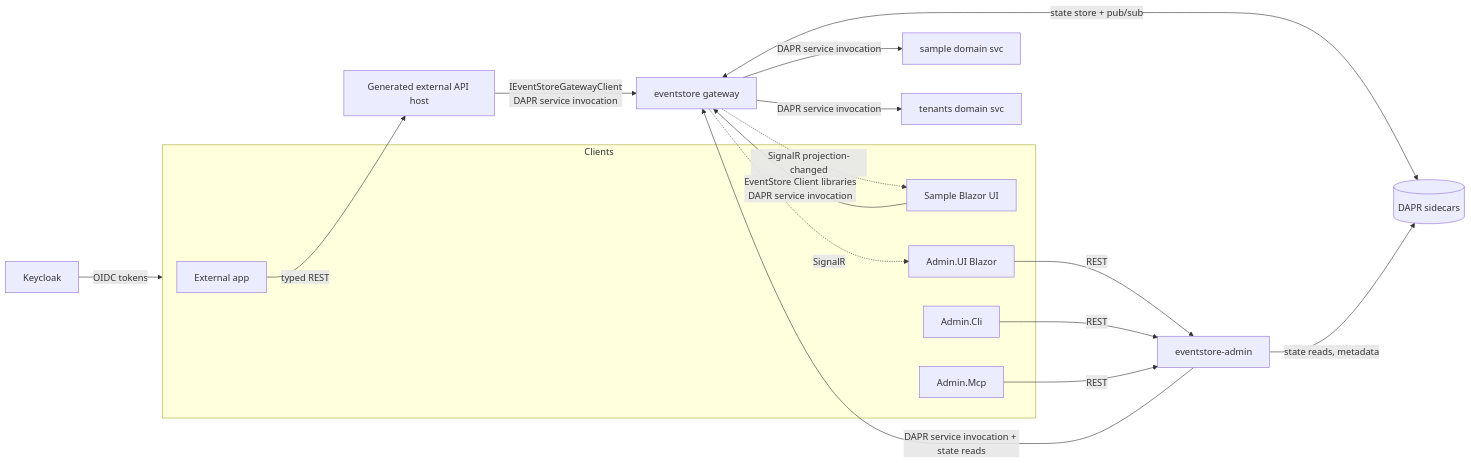
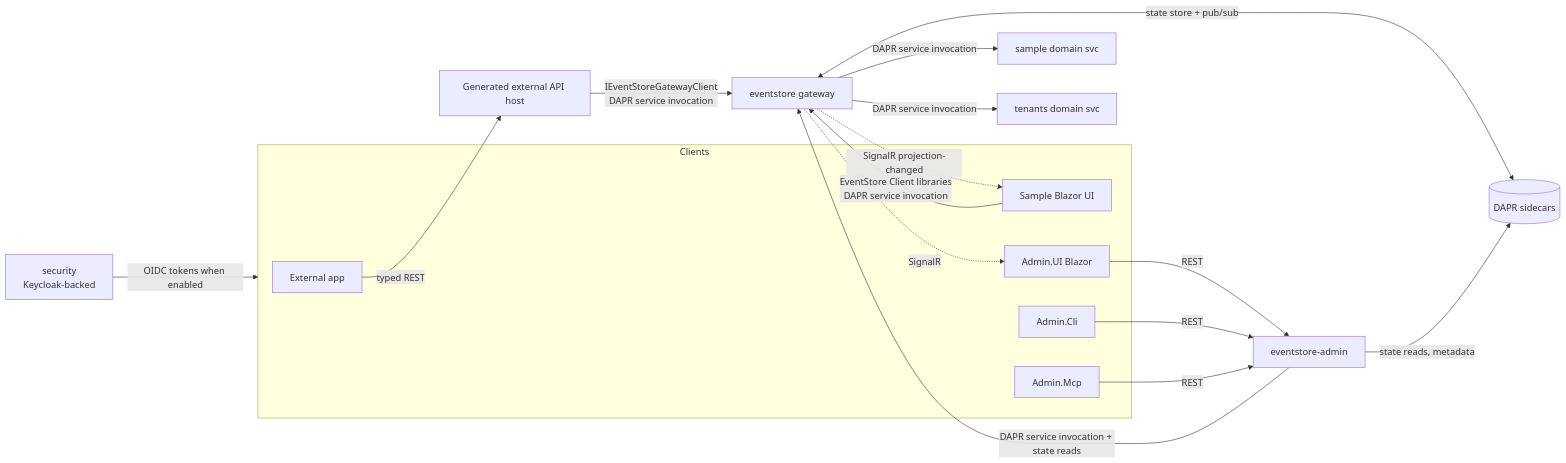
Before and after one commit to Hexalith/Hexalith.EventStore: the diagram in docs/brownfield/integration-architecture.md, drawn with Mermaid. The commit also changed other lines of this file and 13 other files, not shown here.

````diff
--- a/docs/brownfield/integration-architecture.md
+++ b/docs/brownfield/integration-architecture.md
@@ -8,25 +8,25 @@
 ```mermaid
 flowchart LR
     subgraph Clients
       ExternalApp[External app]
       UIc[Sample Blazor UI]
       AdminUI[Admin.UI Blazor]
       CLI[Admin.Cli]
       MCP[Admin.Mcp]
     end
 
     ExternalApp -->|typed REST| DomainApi[Generated external API host]
     DomainApi -->|IEventStoreGatewayClient<br/>DAPR service invocation| ES[eventstore gateway]
     UIc -->|EventStore Client libraries<br/>DAPR service invocation| ES
     AdminUI -->|REST| AdminSrv[eventstore-admin]
     CLI -->|REST| AdminSrv
     MCP -->|REST| AdminSrv
     AdminSrv -->|DAPR service invocation + state reads| ES
     ES -->|DAPR service invocation| SAMPLE[sample domain svc]
     ES -->|DAPR service invocation| TENANTS[tenants domain svc]
     ES <-->|state store + pub/sub| DAPR[(DAPR sidecars)]
     AdminSrv -->|state reads, metadata| DAPR
     ES -.->|SignalR projection-changed| UIc
     ES -.->|SignalR| AdminUI
-    KC[Keycloak] -->|OIDC tokens| Clients
+    SECURITY[security<br/>Keycloak-backed] -->|OIDC tokens when enabled| Clients
 ```
````
